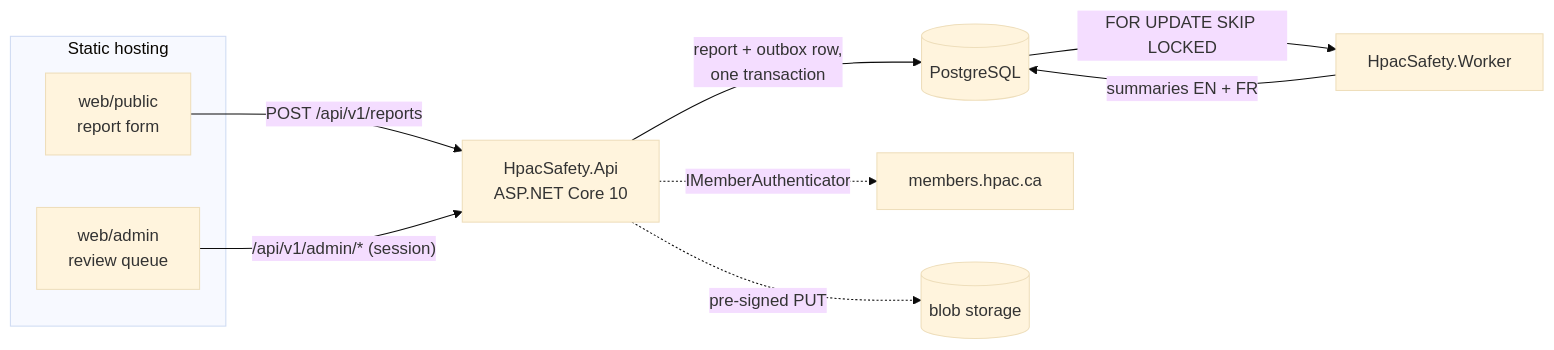
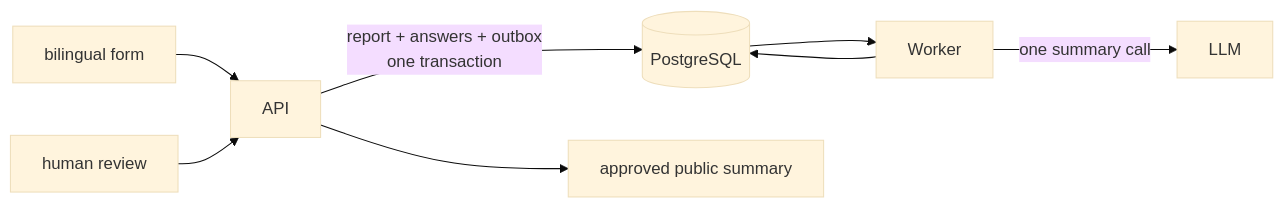
Before and after one commit to HPAC-Safety/safety-report: the diagram in docs/architecture.md, drawn with Mermaid (base theme). The commit also changed other lines of this file and 220 other files, not shown here.

Commit message:
Simplify the incident reporting flow

````diff
--- a/docs/architecture.md
+++ b/docs/architecture.md
@@ -5,21 +8,10 @@
 ```mermaid
 flowchart LR
-    subgraph static["Static hosting"]
-        pub["web/public<br/>report form"]
-        adm["web/admin<br/>review queue"]
-    end
-
-    api["HpacSafety.Api<br/>ASP.NET Core 10"]
-    db[("PostgreSQL")]
-    worker["HpacSafety.Worker"]
-    hpac["members.hpac.ca"]
-    blob[("blob storage")]
-
-    pub -->|"POST /api/v1/reports"| api
-    adm -->|"/api/v1/admin/* (session)"| api
-    api -->|"report + outbox row,<br/>one transaction"| db
-    api -.->|"IMemberAuthenticator"| hpac
-    api -.->|"pre-signed PUT"| blob
-    db -->|"FOR UPDATE SKIP LOCKED"| worker
-    worker -->|"summaries EN + FR"| db
+    form["bilingual form"] --> api["API"]
+    api -->|"report + answers + outbox\none transaction"| db[(PostgreSQL)]
+    db --> worker["Worker"]
+    worker -->|"one summary call"| llm["LLM"]
+    worker --> db
+    review["human review"] --> api
+    api --> public["approved public summary"]
 ```
````
